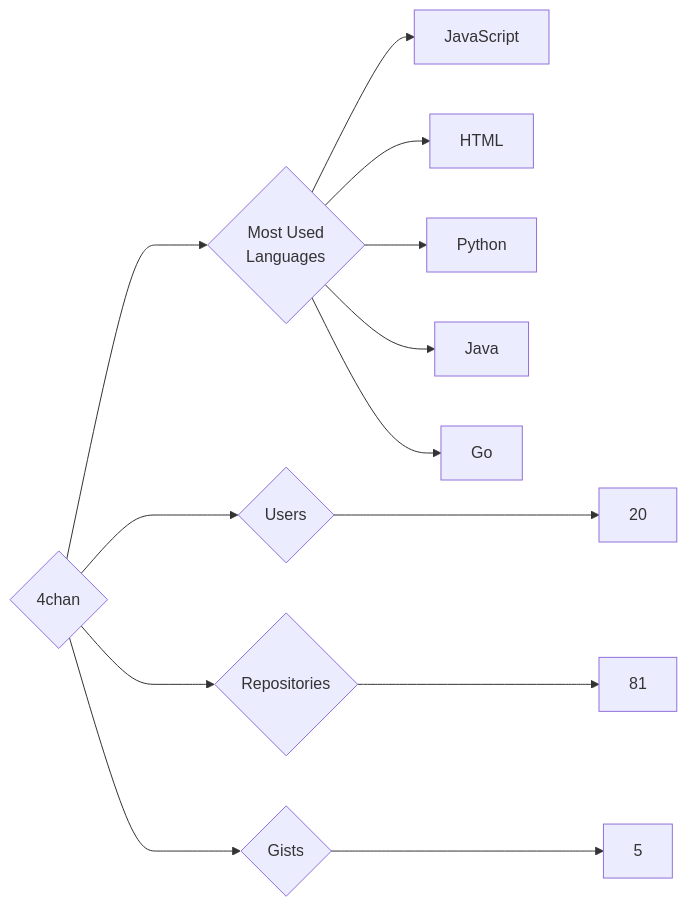
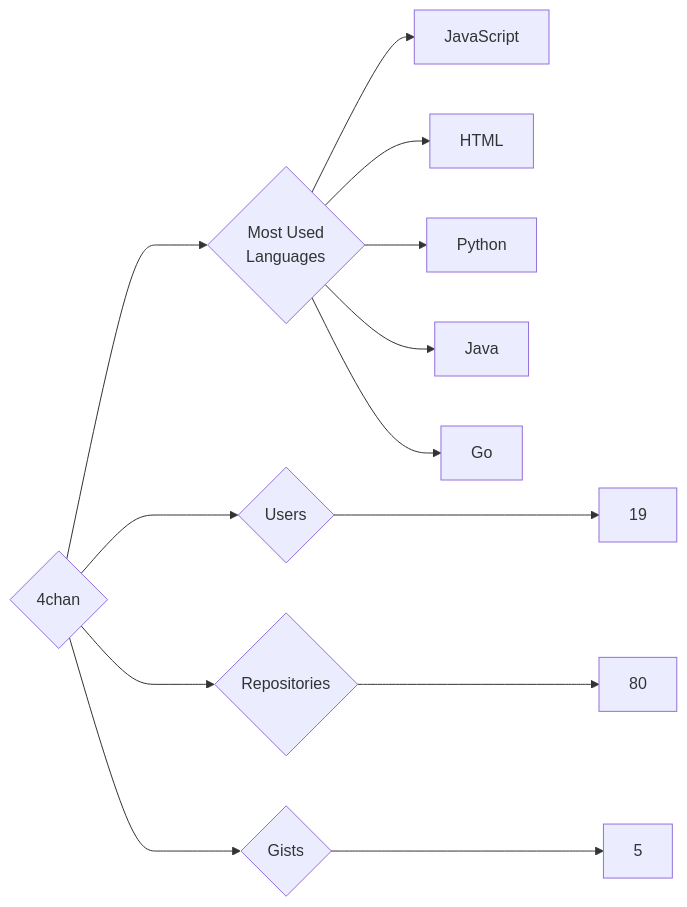
The diagram in targets/4chan/README.md (trickest/insiders), drawn with Mermaid before and after one commit. The commit also changed 682 other files, not shown here.

````diff
--- a/targets/4chan/README.md
+++ b/targets/4chan/README.md
@@ -3,13 +3,13 @@
 ```mermaid
 graph LR
 COMPANY_NAME{4chan}
-COMPANY_NAME ---> U{Users} ---> UN[20]
-COMPANY_NAME ---> R{Repositories} ---> RN[81]
+COMPANY_NAME ---> U{Users} ---> UN[19]
+COMPANY_NAME ---> R{Repositories} ---> RN[80]
 COMPANY_NAME ---> G{Gists} ---> GN[5]
 COMPANY_NAME ---> ML{Most Used<br>Languages}
 ML --> JavaScript[JavaScript]
 ML --> HTML[HTML]
 ML --> Python[Python]
 ML --> Java[Java]
 ML --> Go[Go]
 ```
````
